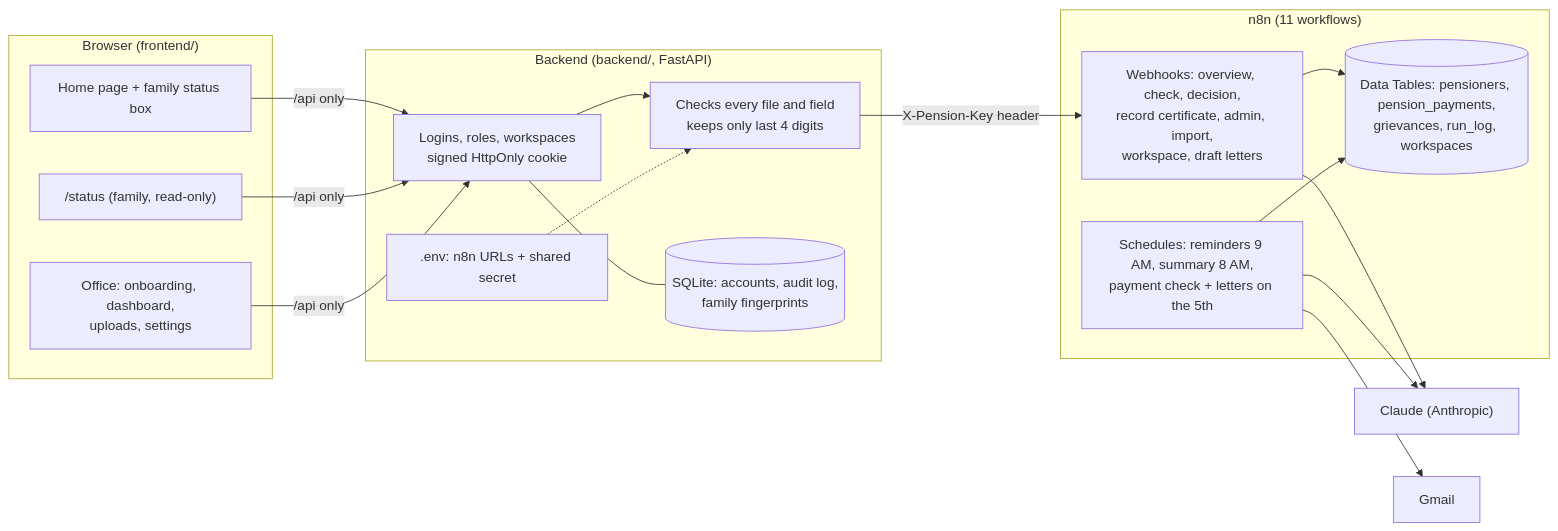
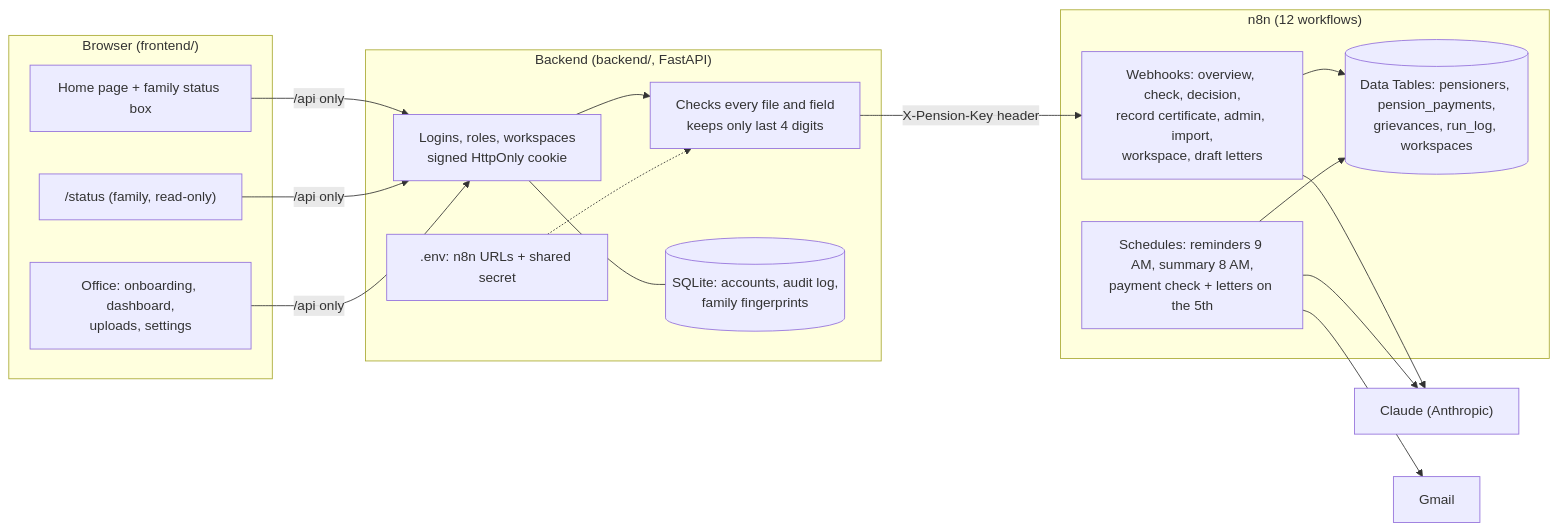
Before and after one commit to Richal14/pension-helper: the diagram in README.md, drawn with Mermaid. The commit also changed other lines of this file and 6 other files, not shown here.

````diff
--- a/README.md
+++ b/README.md
@@ -83,28 +83,28 @@
 ```mermaid
 flowchart LR
     subgraph Browser["Browser (frontend/)"]
         L["Home page + family status box"]
         FS["/status (family, read-only)"]
         O["Office: onboarding, dashboard,<br/>uploads, settings"]
     end
     subgraph Backend["Backend (backend/, FastAPI)"]
         A["Logins, roles, workspaces<br/>signed HttpOnly cookie"]
         V["Checks every file and field<br/>keeps only last 4 digits"]
         DB[("SQLite: accounts, audit log,<br/>family fingerprints")]
         E[".env: n8n URLs + shared secret"]
     end
-    subgraph N8N["n8n (11 workflows)"]
+    subgraph N8N["n8n (12 workflows)"]
         W["Webhooks: overview, check, decision,<br/>record certificate, admin, import,<br/>workspace, draft letters"]
         S["Schedules: reminders 9 AM, summary 8 AM,<br/>payment check + letters on the 5th"]
         T[("Data Tables: pensioners, pension_payments,<br/>grievances, run_log, workspaces")]
     end
     C["Claude (Anthropic)"]
     G["Gmail"]
     L & FS & O -->|"/api only"| A --> V
     A --- DB
     E -.-> V
     V -->|"X-Pension-Key header"| W --> T
     S --> T
     W & S --> C
     S --> G
 ```
````
